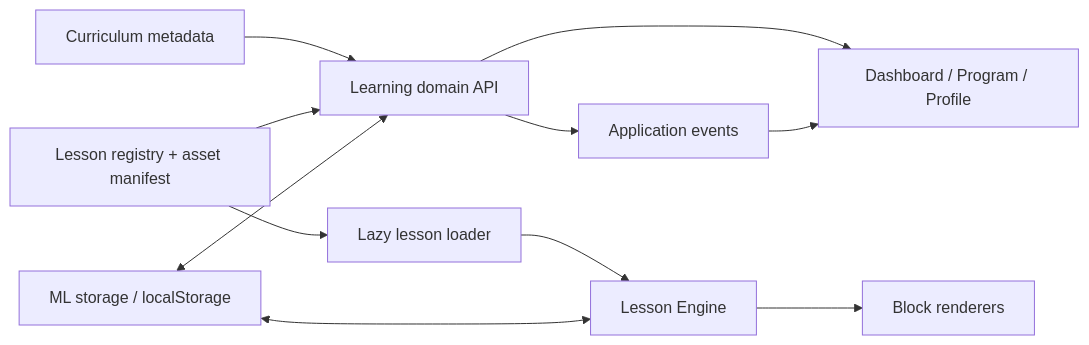
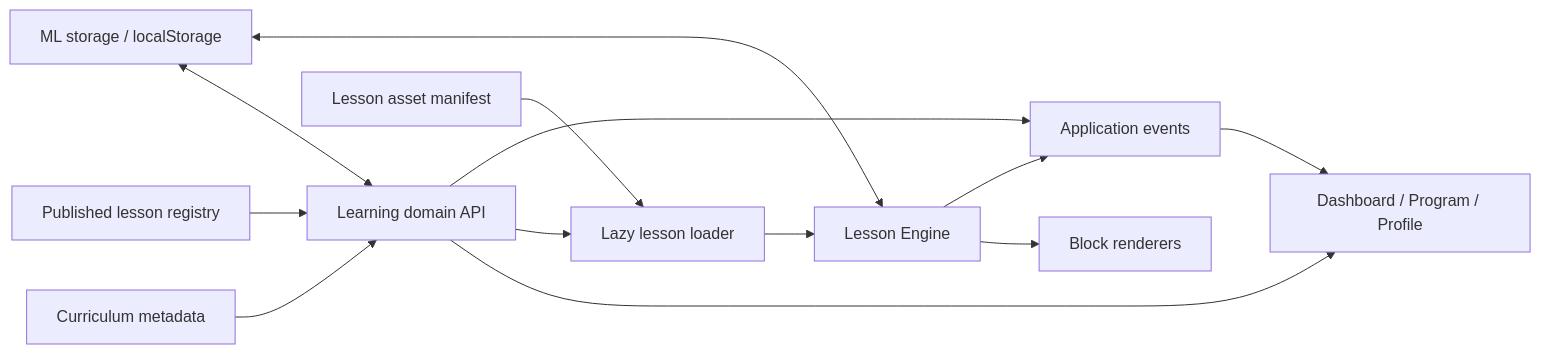
The diagram in README.md (Nurr201/-mathlogic), drawn with Mermaid before and after one commit. The commit also changed other lines of this file, not shown here.

Commit message:
docs: align README with current architecture

````diff
--- a/README.md
+++ b/README.md
@@ -28,13 +29,15 @@
 ```mermaid
 flowchart LR
     Curriculum["Curriculum metadata"] --> Learning["Learning domain API"]
-    Registry["Lesson registry + asset manifest"] --> Learning
+    Registry["Published lesson registry"] --> Learning
     Learning --> Pages["Dashboard / Program / Profile"]
-    Registry --> Loader["Lazy lesson loader"]
+    Manifest["Lesson asset manifest"] --> Loader["Lazy lesson loader"]
+    Learning --> Loader
     Loader --> Engine["Lesson Engine"]
     Engine --> Blocks["Block renderers"]
     Storage["ML storage / localStorage"] <--> Learning
     Storage <--> Engine
+    Engine --> Events["Application events"]
     Learning --> Events["Application events"]
     Events --> Pages
 ```
````
